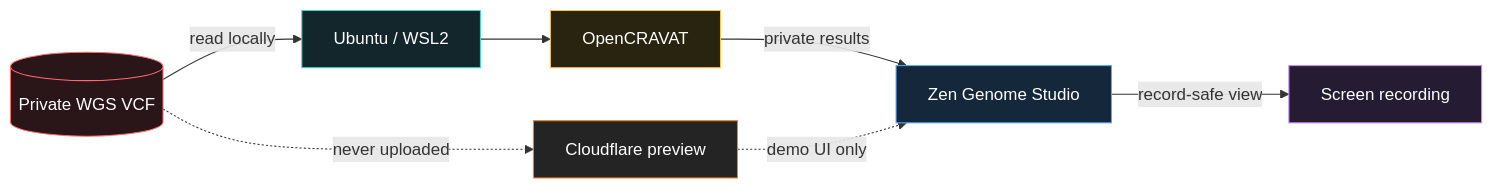
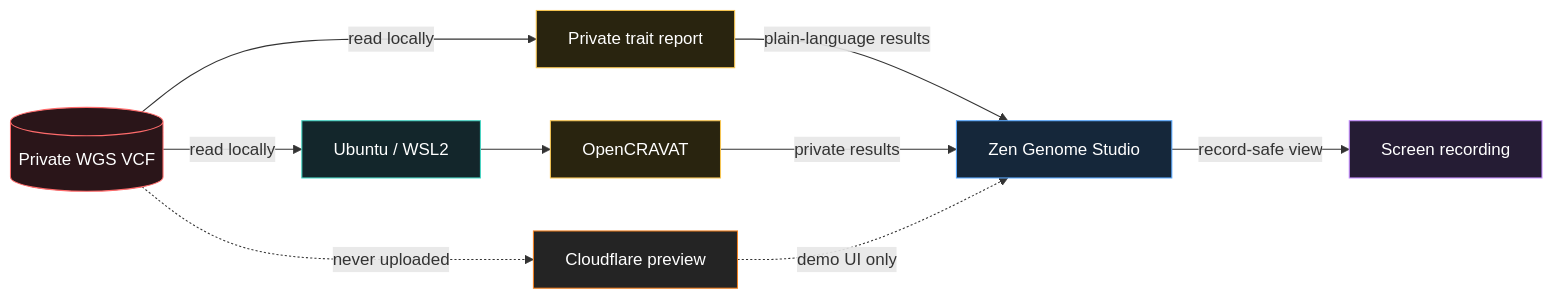
Before and after one commit to prestonzen/zen-genome-studio: the diagram in README.md, drawn with Mermaid. The commit also changed other lines of this file and 16 other files, not shown here.

Commit message:
Add private consumer trait dashboard

````diff
--- a/README.md
+++ b/README.md
@@ -44,23 +44,26 @@
 ```mermaid
 flowchart LR
     VCF[(Private WGS VCF)]:::private
     WSL[Ubuntu / WSL2]:::local
+    TRAITS[Private trait report]:::engine
     OC[OpenCRAVAT]:::engine
     STUDIO[Zen Genome Studio]:::studio
     VIDEO[Screen recording]:::output
     CF[Cloudflare preview]:::cloud
 
     VCF -->|read locally| WSL
+    VCF -->|read locally| TRAITS
+    TRAITS -->|plain-language results| STUDIO
     WSL --> OC
     OC -->|private results| STUDIO
     STUDIO -->|record-safe view| VIDEO
     CF -. demo UI only .-> STUDIO
     VCF -. never uploaded .-> CF
 
     classDef private fill:#2a1519,stroke:#ff6b6b,color:#fff
     classDef local fill:#13262b,stroke:#45d6c4,color:#fff
     classDef engine fill:#29240f,stroke:#f5c451,color:#fff
     classDef studio fill:#15273a,stroke:#57a8ff,color:#fff
     classDef output fill:#251c34,stroke:#c58cff,color:#fff
     classDef cloud fill:#242424,stroke:#f38020,color:#fff
 ```
````
